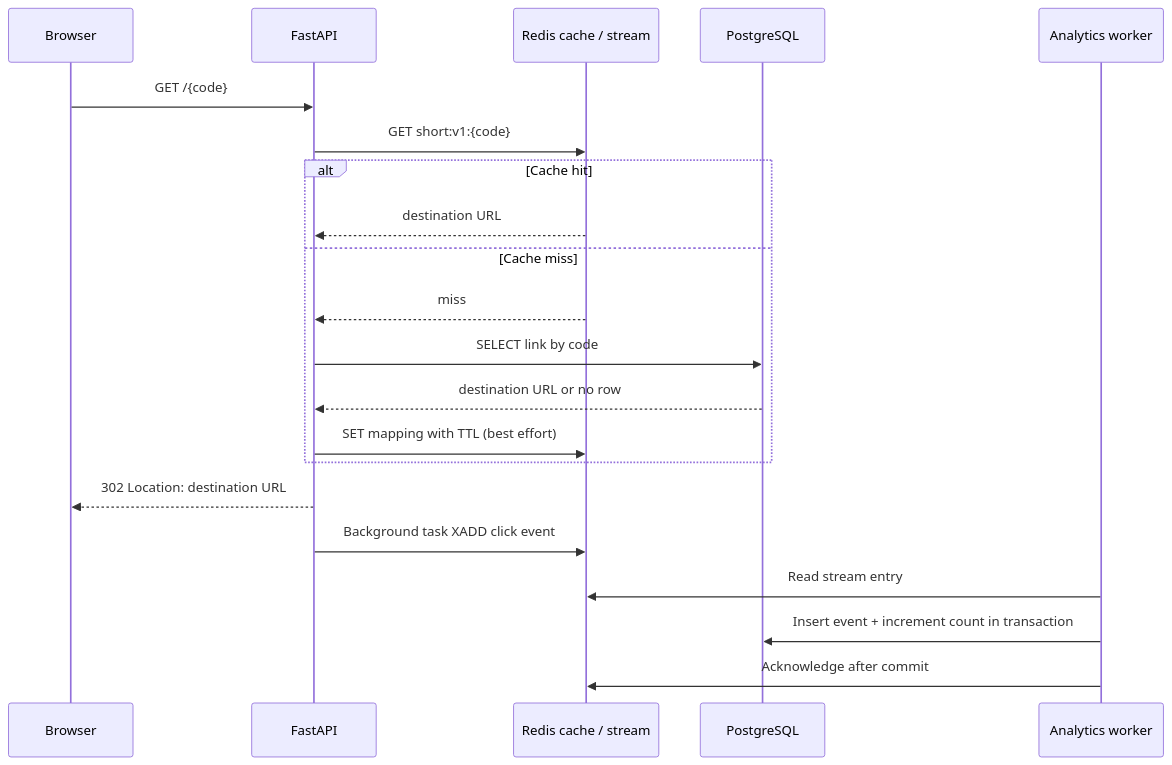
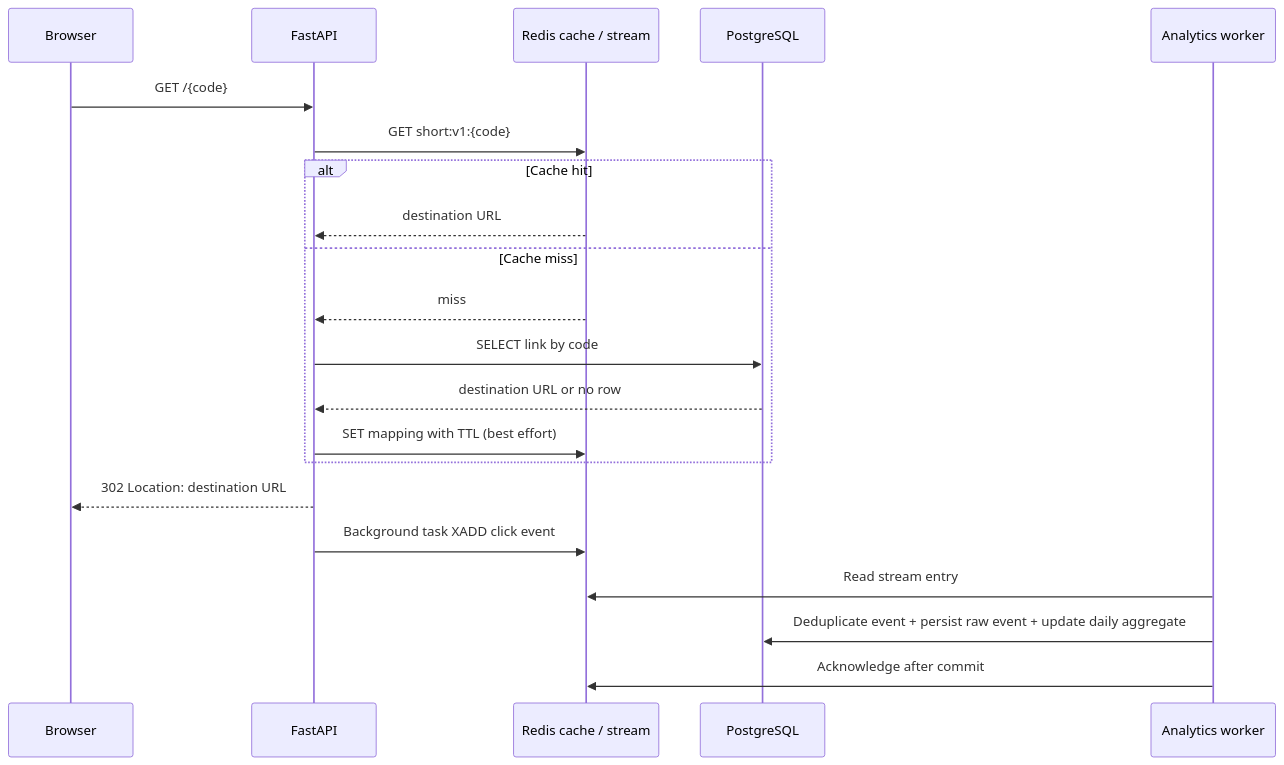
Before and after one commit to mallesh-dba/url-shortener: the third of 3 diagrams in docs/03-engineering-design.md, drawn with Mermaid. The commit also changed other lines of this file and 35 other files, not shown here.

````diff
--- a/docs/03-engineering-design.md
+++ b/docs/03-engineering-design.md
@@ -69,23 +71,23 @@
 ```mermaid
 sequenceDiagram
     participant B as Browser
     participant A as FastAPI
     participant R as Redis cache / stream
     participant P as PostgreSQL
     participant W as Analytics worker
     B->>A: GET /{code}
     A->>R: GET short:v1:{code}
     alt Cache hit
         R-->>A: destination URL
     else Cache miss
         R-->>A: miss
         A->>P: SELECT link by code
         P-->>A: destination URL or no row
         A->>R: SET mapping with TTL (best effort)
     end
     A-->>B: 302 Location: destination URL
     A->>R: Background task XADD click event
     W->>R: Read stream entry
-    W->>P: Insert event + increment count in transaction
+    W->>P: Deduplicate event + persist raw event + update daily aggregate
     W->>R: Acknowledge after commit
 ```
````
